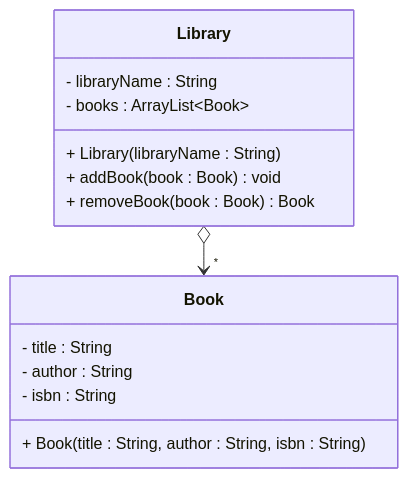
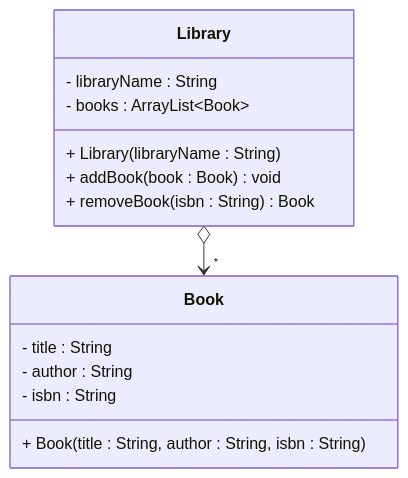
One commit to TroelsMortensen/Codelabs2 changed the diagram in Articles/PRO1/Relationships/Aggregation/003 One to many.md. Above: the diagram before and after it, drawn with Mermaid. The commit also changed other lines of this file and 3 other files, not shown here.

````diff
--- a/Articles/PRO1/Relationships/Aggregation/003 One to many.md
+++ b/Articles/PRO1/Relationships/Aggregation/003 One to many.md
@@ -71,18 +71,18 @@
 ```mermaid
 classDiagram
     class Library {
         - libraryName : String
         - books : ArrayList~Book~
         + Library(libraryName : String)
         + addBook(book : Book) void
-        + removeBook(book : Book) Book
+        + removeBook(isbn : String) Book
     }
 
     class Book {
         - title : String
         - author : String
         - isbn : String
         + Book(title : String, author : String, isbn : String)
     }
     Library o--> "*" Book
 ```
````
